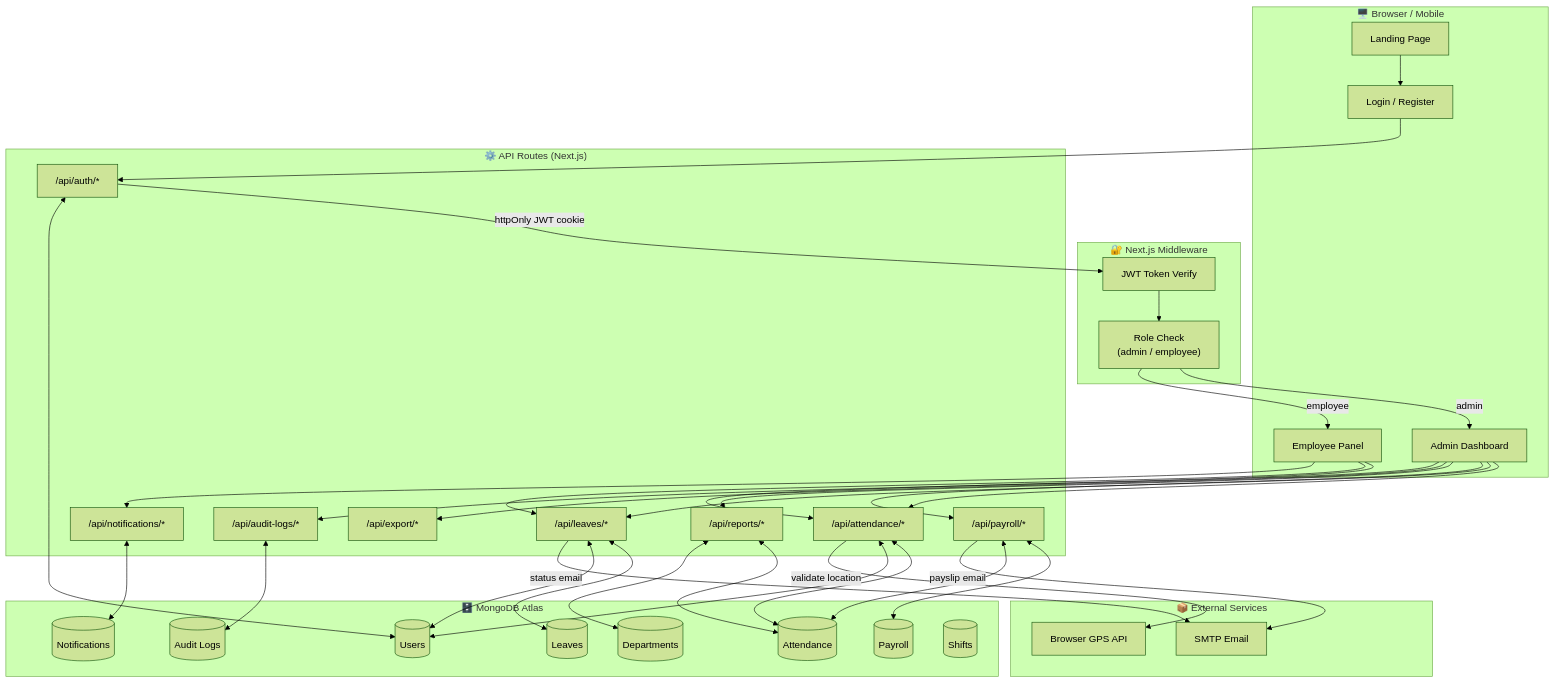
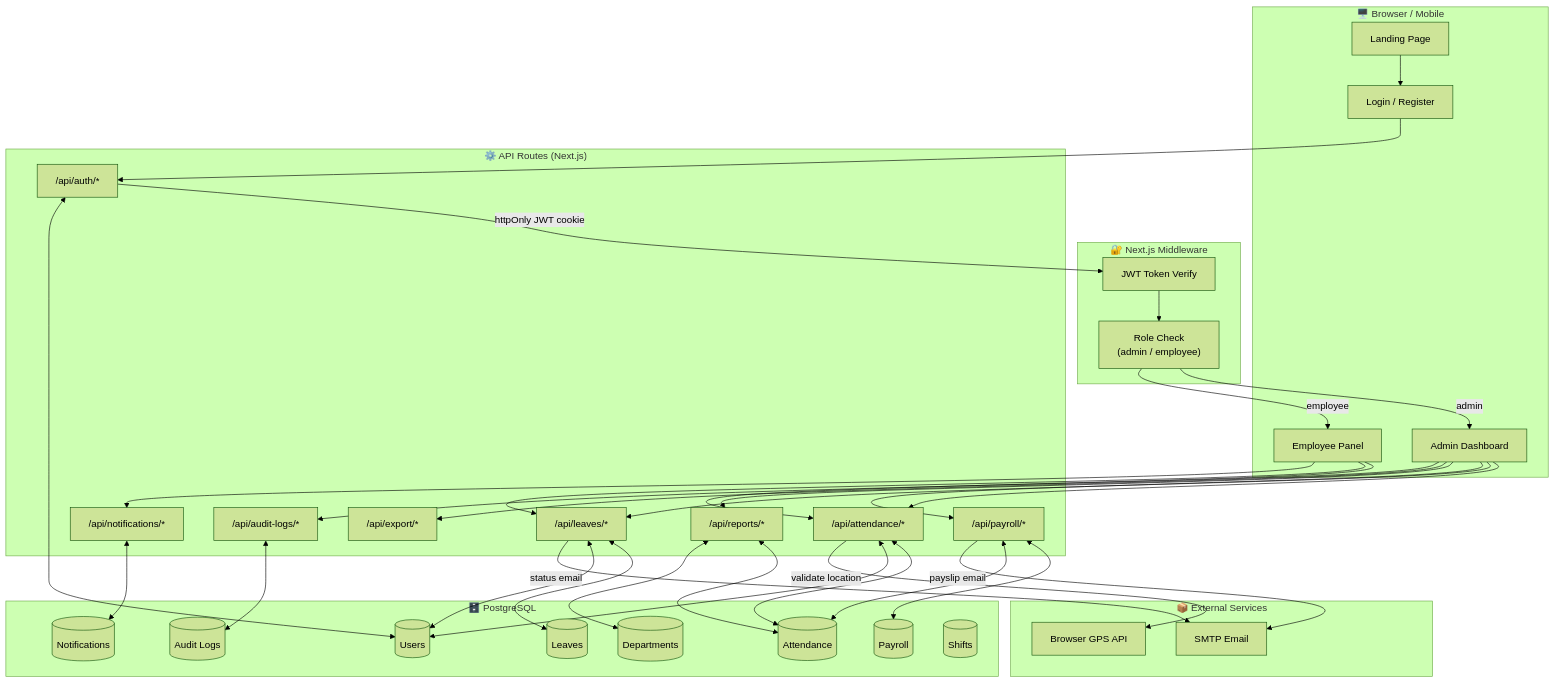
The first of 2 diagrams in README.md (Kabre57/progitpaie), drawn with Mermaid (forest theme) before and after one commit. The commit also changed other lines of this file and 30 other files, not shown here.

````diff
--- a/README.md
+++ b/README.md
@@ -82,63 +76,63 @@
 ```mermaid
 graph TB
     subgraph Client["🖥️ Browser / Mobile"]
         Home["Landing Page"]
         LoginPage["Login / Register"]
         AdminUI["Admin Dashboard"]
         EmpUI["Employee Panel"]
     end
 
     subgraph Middleware["🔐 Next.js Middleware"]
         JWT["JWT Token Verify"]
         RoleCheck["Role Check\n(admin / employee)"]
     end
 
     subgraph API["⚙️ API Routes (Next.js)"]
         AuthAPI["/api/auth/*"]
         AttendAPI["/api/attendance/*"]
         LeaveAPI["/api/leaves/*"]
         PayrollAPI["/api/payroll/*"]
         ReportAPI["/api/reports/*"]
         ExportAPI["/api/export/*"]
         NotifAPI["/api/notifications/*"]
         AuditAPI["/api/audit-logs/*"]
     end
 
-    subgraph DB["🗄️ MongoDB Atlas"]
+    subgraph DB["🗄️ PostgreSQL"]
         Users[("Users")]
         Attendance[("Attendance")]
         Leaves[("Leaves")]
         Payroll[("Payroll")]
         Notifications[("Notifications")]
         AuditLogs[("Audit Logs")]
         Departments[("Departments")]
         Shifts[("Shifts")]
     end
 
     subgraph External["📦 External Services"]
         SMTP["SMTP Email"]
         GPS["Browser GPS API"]
     end
 
     Home --> LoginPage
     LoginPage --> AuthAPI
     AuthAPI -->|httpOnly JWT cookie| JWT
     JWT --> RoleCheck
     RoleCheck -->|admin| AdminUI
     RoleCheck -->|employee| EmpUI
 
     AdminUI --> AttendAPI & LeaveAPI & PayrollAPI & ReportAPI & ExportAPI & AuditAPI
     EmpUI --> AttendAPI & LeaveAPI & NotifAPI
 
     AttendAPI <--> Attendance & Users
     LeaveAPI <--> Leaves & Users
     PayrollAPI <--> Payroll & Attendance
     ReportAPI <--> Attendance & Departments
     NotifAPI <--> Notifications
     AuditAPI <--> AuditLogs
     AuthAPI <--> Users
 
     PayrollAPI -->|payslip email| SMTP
     LeaveAPI -->|status email| SMTP
     AttendAPI -->|validate location| GPS
 ```
````
